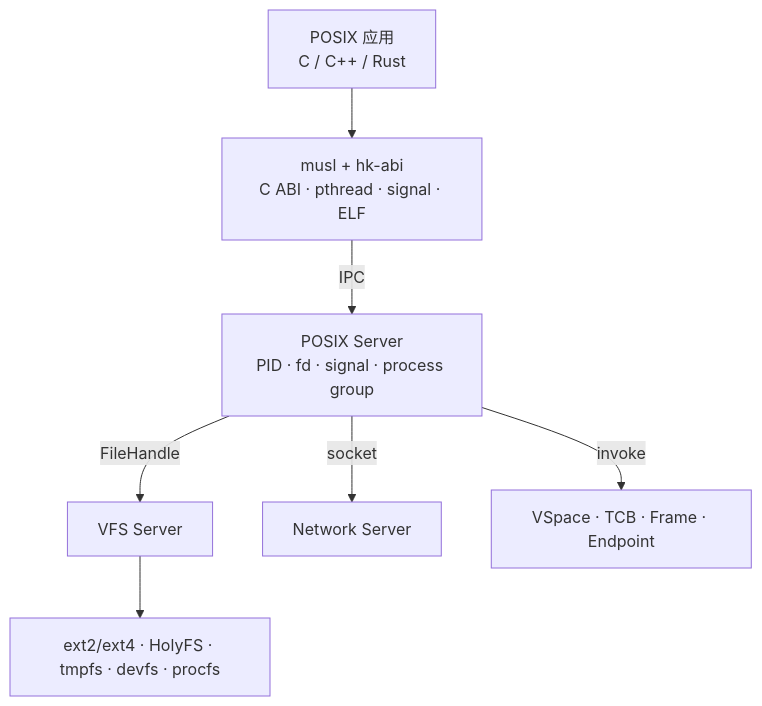
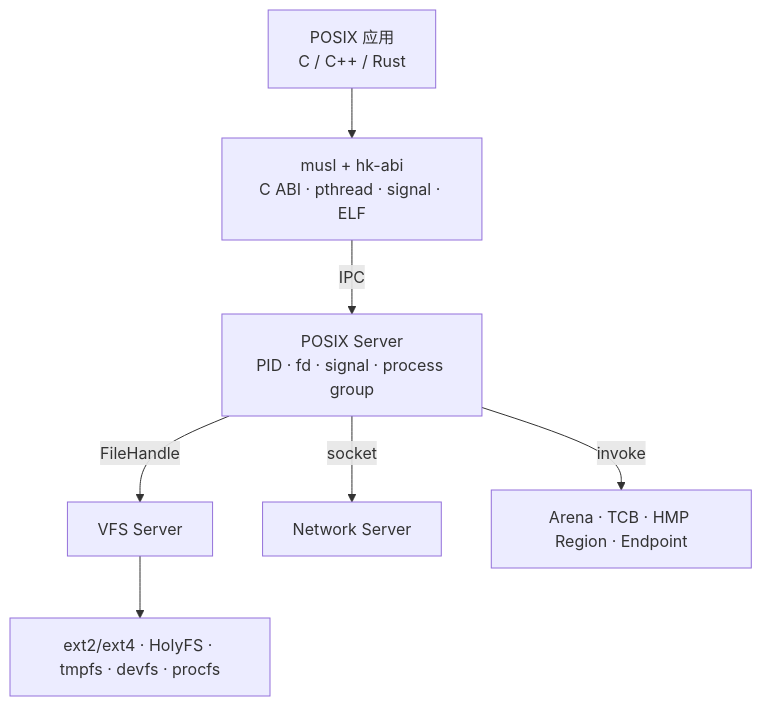
The first of 3 diagrams in docs/posix.md (hongweifei/HolyKernel), drawn with Mermaid before and after one commit. The commit also changed other lines of this file and 35 other files, not shown here.

````diff
--- a/docs/posix.md
+++ b/docs/posix.md
@@ -48,9 +48,9 @@
 ```mermaid
 flowchart TB
     App["POSIX 应用<br/>C / C++ / Rust"] --> Libc["musl + hk-abi<br/>C ABI · pthread · signal · ELF"]
     Libc -->|IPC| POSIX["POSIX Server<br/>PID · fd · signal · process group"]
     POSIX -->|FileHandle| VFS["VFS Server"]
     POSIX -->|socket| Net["Network Server"]
-    POSIX -->|invoke| Kernel["VSpace · TCB · Frame · Endpoint"]
+    POSIX -->|invoke| Kernel["Arena · TCB · HMP Region · Endpoint"]
     VFS --> FS["ext2/ext4 · HolyFS · tmpfs · devfs · procfs"]
 ```
````
